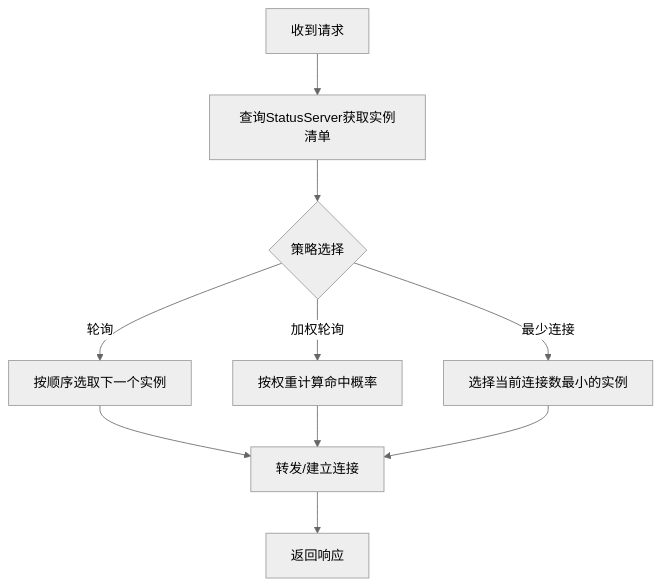
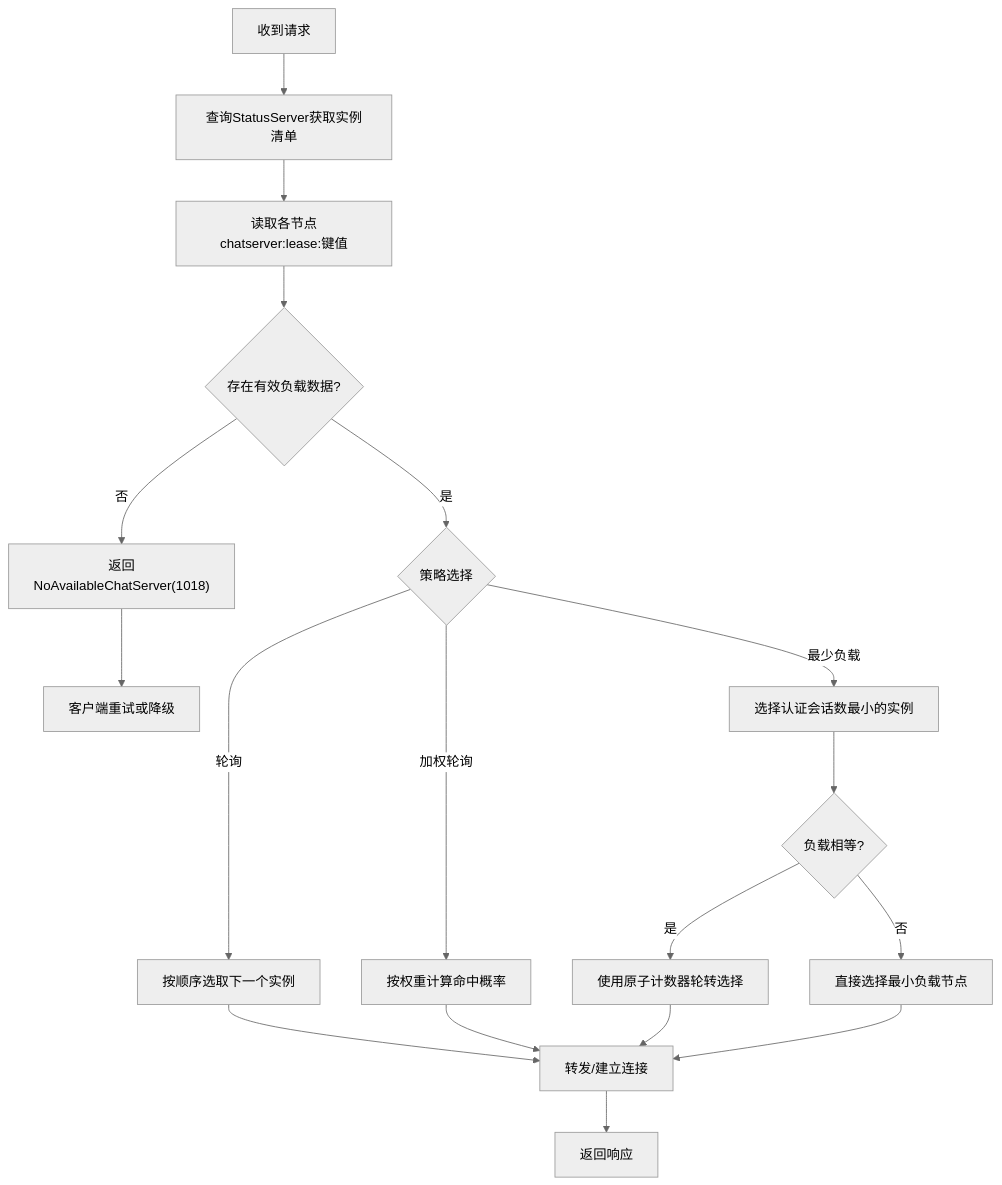
Before and after one commit to echo9923/mychatter: the sixth of 9 diagrams in .qoder/repowiki/zh/content/分布式系统/负载均衡.md, drawn with Mermaid (neutral theme). The commit also changed other lines of this file and 107 other files, not shown here.

````diff
--- a/.qoder/repowiki/zh/content/分布式系统/负载均衡.md
+++ b/.qoder/repowiki/zh/content/分布式系统/负载均衡.md
@@ -235,12 +263,20 @@
 ```mermaid
 flowchart TD
 A["收到请求"] --> B["查询StatusServer获取实例清单"]
-B --> C{"策略选择"}
-C --> |轮询| RR["按顺序选取下一个实例"]
-C --> |加权轮询| WRR["按权重计算命中概率"]
-C --> |最少连接| LC["选择当前连接数最小的实例"]
-RR --> D["转发/建立连接"]
-WRR --> D
-LC --> D
-D --> E["返回响应"]
+B --> C["读取各节点chatserver:lease:<name>键值"]
+C --> D{"存在有效负载数据?"}
+D --> |否| E["返回NoAvailableChatServer(1018)"]
+D --> |是| F{"策略选择"}
+F --> |轮询| RR["按顺序选取下一个实例"]
+F --> |加权轮询| WRR["按权重计算命中概率"]
+F --> |最少负载| LC["选择认证会话数最小的实例"]
+LC --> G{"负载相等?"}
+G --> |是| H["使用原子计数器轮转选择"]
+G --> |否| I["直接选择最小负载节点"]
+RR --> J["转发/建立连接"]
+WRR --> J
+H --> J
+I --> J
+J --> K["返回响应"]
+E --> L["客户端重试或降级"]
 ```
````
